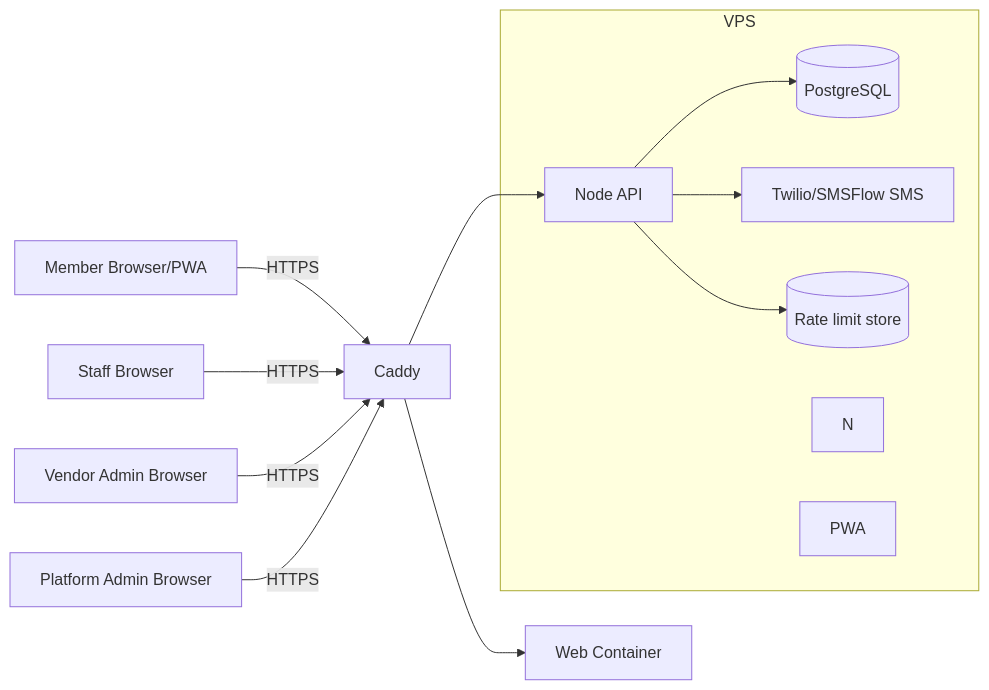
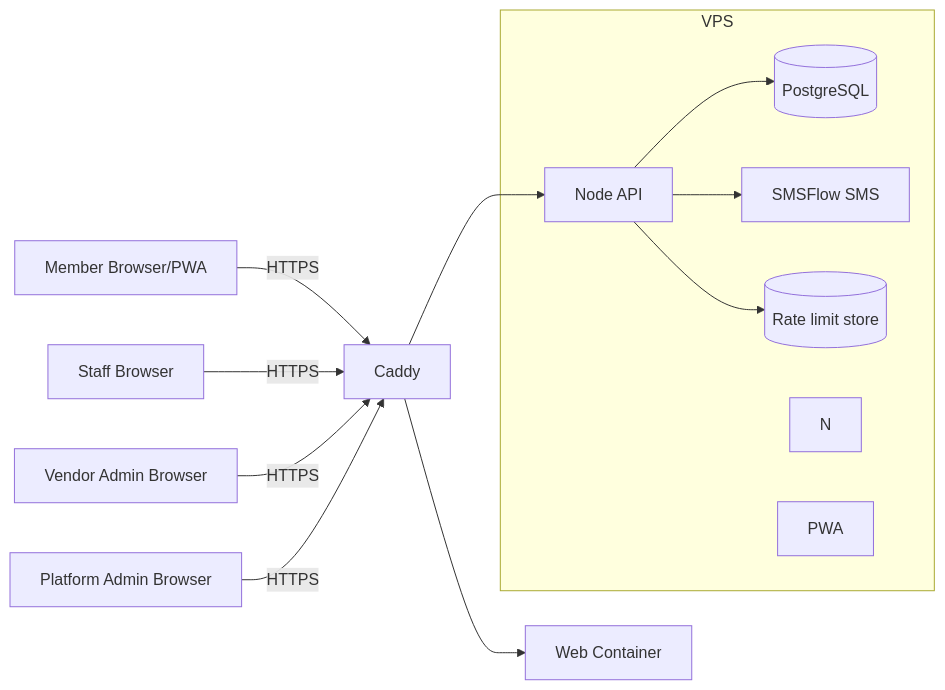
One commit to NeilAdamson/loyalty-pwa changed the first of 2 diagrams in docs/ARCHITECTURE.md. Above: the diagram before and after it, drawn with Mermaid. The commit also changed other lines of this file and 24 other files, not shown here.

````diff
--- a/docs/ARCHITECTURE.md
+++ b/docs/ARCHITECTURE.md
@@ -17,23 +17,23 @@
 ```mermaid
 flowchart LR
   M[Member Browser/PWA] -->|HTTPS| P[Caddy]
   S[Staff Browser] -->|HTTPS| P
   VA[Vendor Admin Browser] -->|HTTPS| P
   PA[Platform Admin Browser] -->|HTTPS| P
 
   P --> API[Node API]
   P --> WEB[Web Container]
 
   API --> DB[(PostgreSQL)]
-  API --> SMS[SMS Provider API]
+  API --> SMS[SMSFlow API]
   API --> RL[(Rate limit store)]
 
   subgraph VPS
     N
     API
     PWA
     DB
     RL
-    SMS[Twilio/SMSFlow SMS]
+    SMS[SMSFlow SMS]
   end
 ```
````
